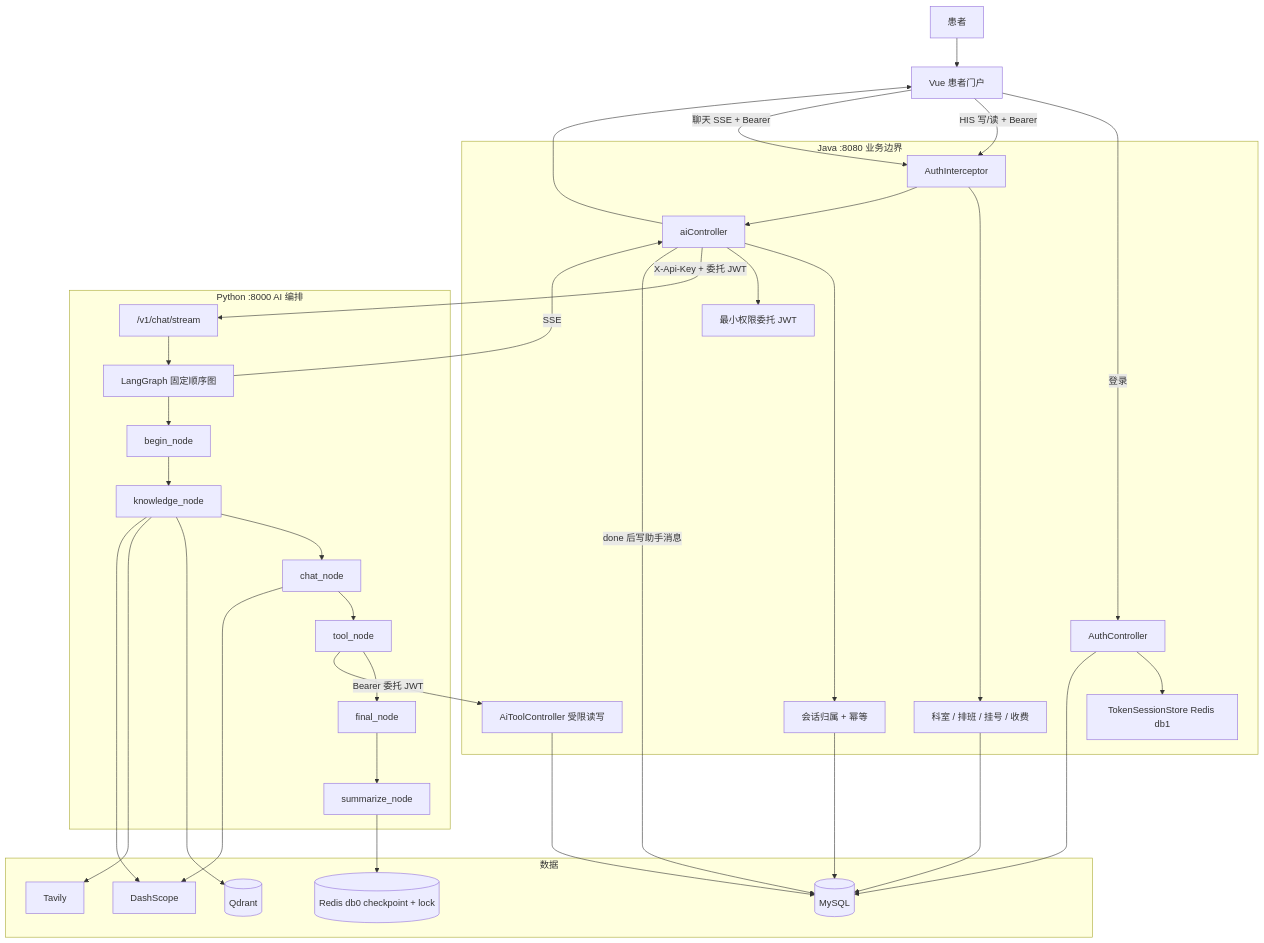
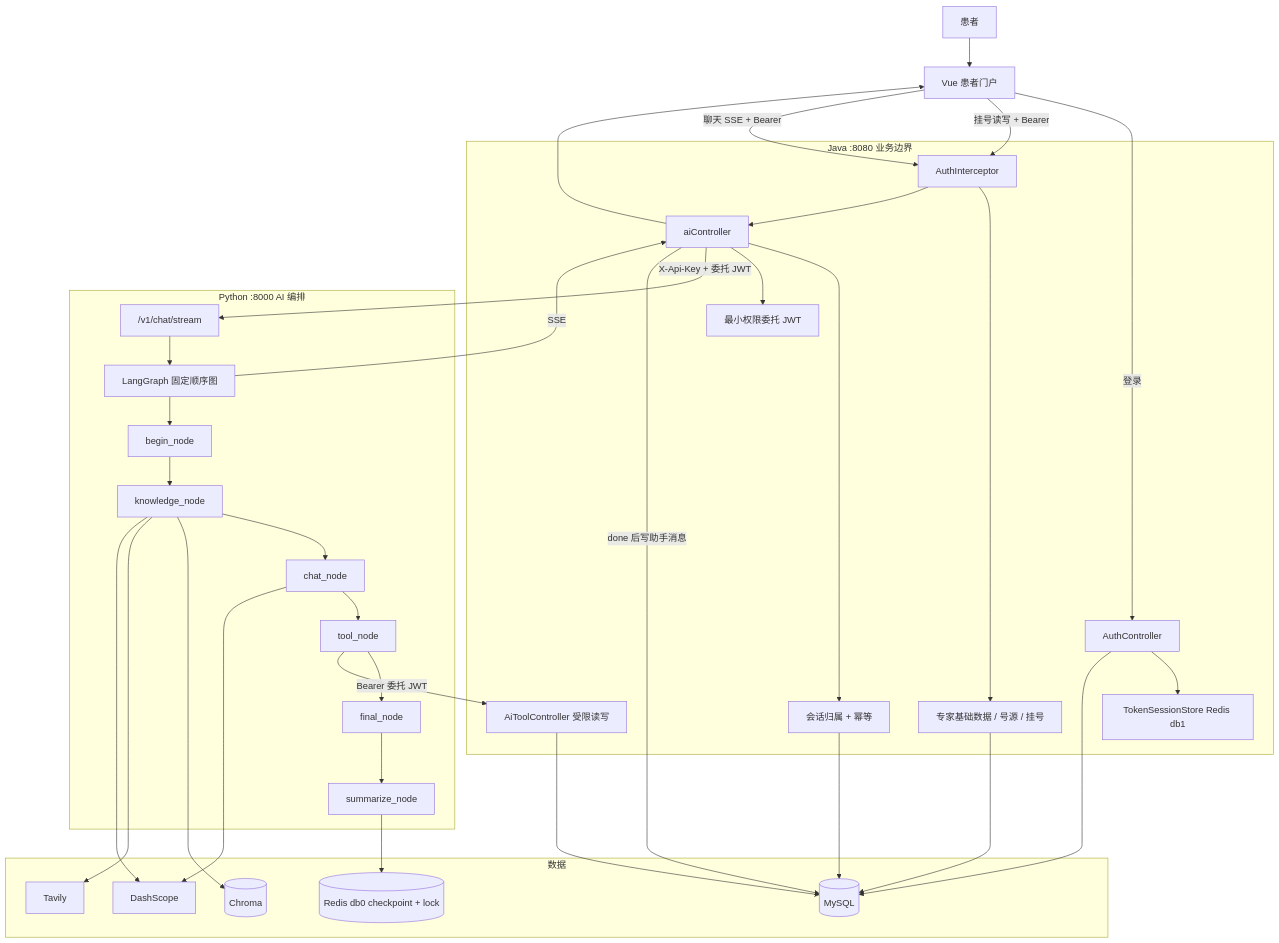
The diagram in docs/项目流程骨架.md (6666ccc/WenRun), drawn with Mermaid before and after one commit. The commit also changed other lines of this file and 186 other files, not shown here.

````diff
--- a/docs/项目流程骨架.md
+++ b/docs/项目流程骨架.md
@@ -183,54 +170,54 @@
 ```mermaid
 flowchart TB
     User[患者]
     Vue[Vue 患者门户]
     User --> Vue
 
     subgraph Java[Java :8080 业务边界]
         Auth[AuthController]
         Session[TokenSessionStore Redis db1]
         Gate[AuthInterceptor]
-        HIS[科室 / 排班 / 挂号 / 收费]
+        HIS[专家基础数据 / 号源 / 挂号]
         AiGw[aiController]
         Own[会话归属 + 幂等]
         Jwt[最小权限委托 JWT]
         Tools[AiToolController 受限读写]
     end
 
     subgraph Py[Python :8000 AI 编排]
         Stream["/v1/chat/stream"]
         G[LangGraph 固定顺序图]
         Begin[begin_node]
         Know[knowledge_node]
         Chat[chat_node]
         ToolN[tool_node]
         Final[final_node]
         Sum[summarize_node]
     end
 
     subgraph Data[数据]
         MySQL[(MySQL)]
-        Qdrant[(Qdrant)]
+        Chroma[(Chroma)]
         RedisMem[(Redis db0 checkpoint + lock)]
         LLM[DashScope]
         Web[Tavily]
     end
 
     Vue -->|"登录"| Auth
     Auth --> Session
     Auth --> MySQL
-    Vue -->|"HIS 写/读 + Bearer"| Gate --> HIS --> MySQL
+    Vue -->|"挂号读写 + Bearer"| Gate --> HIS --> MySQL
     Vue -->|"聊天 SSE + Bearer"| Gate --> AiGw
     AiGw --> Own --> MySQL
     AiGw --> Jwt
     AiGw -->|"X-Api-Key + 委托 JWT"| Stream --> G
     G --> Begin --> Know --> Chat --> ToolN --> Final --> Sum
-    Know --> Qdrant
+    Know --> Chroma
     Know --> Web
     Know --> LLM
     Chat --> LLM
     ToolN -->|"Bearer 委托 JWT"| Tools --> MySQL
     Sum --> RedisMem
     G -->|"SSE"| AiGw --> Vue
     AiGw -->|"done 后写助手消息"| MySQL
 ```
````
